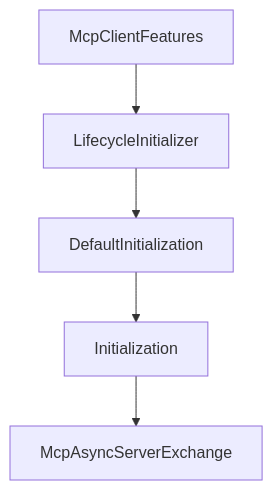
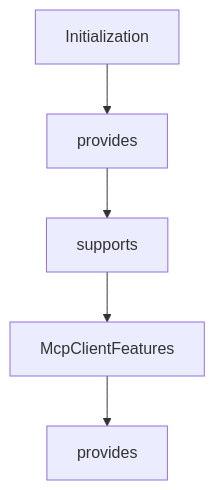
Before and after one commit to johnxie/awesome-code-docs: the diagram in tutorials/mcp-java-sdk-tutorial/05-tools-resources-prompts-and-schema-validation.md, drawn with Mermaid. The commit also changed other lines of this file and 1232 other files, not shown here.

````diff
--- a/tutorials/mcp-java-sdk-tutorial/05-tools-resources-prompts-and-schema-validation.md
+++ b/tutorials/mcp-java-sdk-tutorial/05-tools-resources-prompts-and-schema-validation.md
@@ -213,12 +211,12 @@
 ```mermaid
 flowchart TD
-    A[McpClientFeatures]
-    B[LifecycleInitializer]
-    C[DefaultInitialization]
-    D[Initialization]
-    E[McpAsyncServerExchange]
+    A[Initialization]
+    B[provides]
+    C[supports]
+    D[McpClientFeatures]
+    E[provides]
     A --> B
     B --> C
     C --> D
     D --> E
 ```
````
